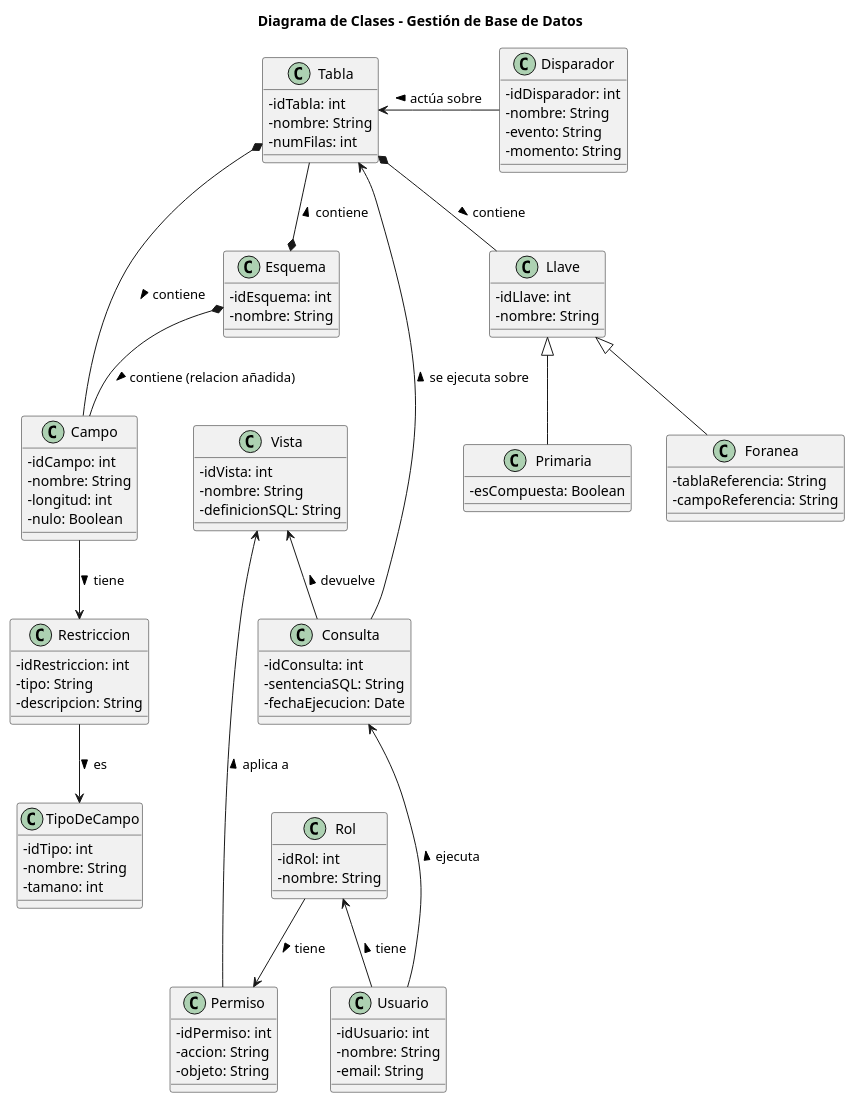
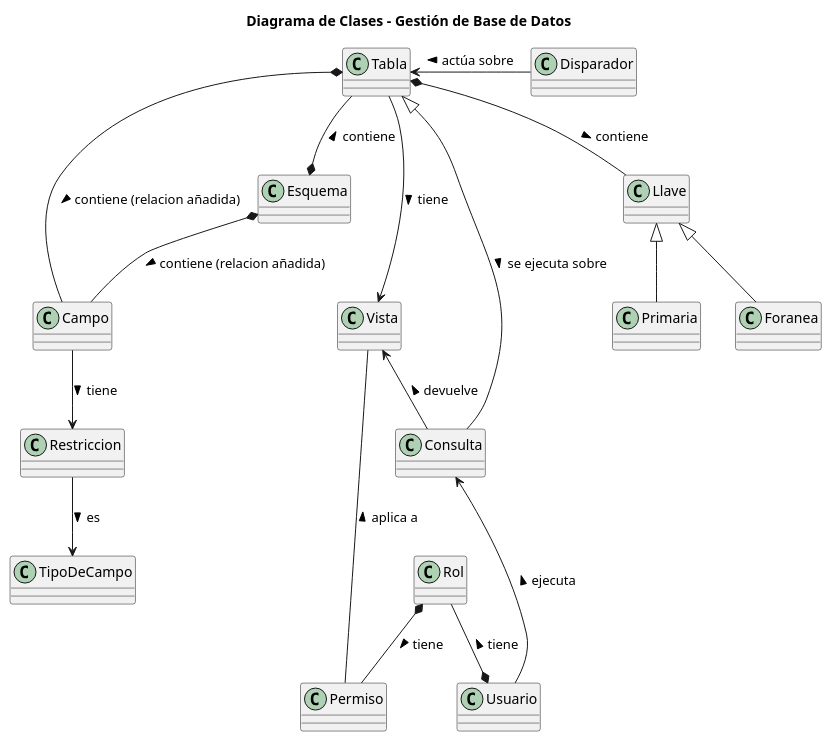
One commit to beatriizorozco/25-26-IDSW1 changed the diagram in entregas/orozcoBeatriz/modelosUML/diagramaDeClases.puml. Above: the diagram before and after it, drawn with PlantUML.

Commit message:
Segunda iteración: Decido no poner atributos ya que nos metemos en tecnicismos y añado una relación más

```diff
--- a/entregas/orozcoBeatriz/modelosUML/diagramaDeClases.puml
+++ b/entregas/orozcoBeatriz/modelosUML/diagramaDeClases.puml
@@ -1,112 +1,84 @@
 @startuml diagramaDeClases
 title Diagrama de Clases - Gestión de Base de Datos
 
-skinparam classAttributeIconSize 0
-skinparam shadowing false
+class Tabla {
 
-class Tabla {
-  -idTabla: int
-  -nombre: String
-  -numFilas: int
 }
 
 class Campo {
-  -idCampo: int
-  -nombre: String
-  -longitud: int
-  -nulo: Boolean
+
 }
 
 class TipoDeCampo {
-  -idTipo: int
-  -nombre: String
-  -tamano: int
 }
 
 class Restriccion {
-  -idRestriccion: int
-  -tipo: String
-  -descripcion: String
+
 }
 
 class Llave {
-  -idLlave: int
-  -nombre: String
+
 }
 
 class Primaria {
-  -esCompuesta: Boolean
+
 }
 
 class Foranea {
-  -tablaReferencia: String
-  -campoReferencia: String
+
 }
 
 class Disparador {
-  -idDisparador: int
-  -nombre: String
-  -evento: String
-  -momento: String
+
 }
 
 class Esquema {
-  -idEsquema: int
-  -nombre: String
+
 }
 
 class Vista {
-  -idVista: int
-  -nombre: String
-  -definicionSQL: String
+
 }
 
 class Consulta {
-  -idConsulta: int
-  -sentenciaSQL: String
-  -fechaEjecucion: Date
+
 }
 
 class Permiso {
-  -idPermiso: int
-  -accion: String
-  -objeto: String
+
 }
 
 class Rol {
-  -idRol: int
-  -nombre: String
+
 }
 
 class Usuario {
-  -idUsuario: int
-  -nombre: String
-  -email: String
+
 }
 
 Esquema *-- Tabla : contiene >
 Esquema *-- Campo : contiene (relacion añadida) >
-Tabla *-- Campo : contiene >
+Tabla *-- Campo : contiene (relacion añadida) >
 Campo --> Restriccion : tiene >
 Restriccion --> TipoDeCampo : es >
 
-Usuario --> Rol : tiene >
-Rol --> Permiso : tiene >
+Usuario *-- Rol : tiene >
+Rol *-- Permiso : tiene >
 Usuario --> Consulta : ejecuta >
-Consulta --> Tabla : se ejecuta sobre >
+Tabla --> Vista : tiene >
 Consulta --> Vista : devuelve >
-Permiso --> Vista : aplica a >
-
+Tabla <|-- Consulta : se ejecuta sobre >
+Permiso -- Vista : aplica a >
 Tabla *-- Llave : contiene >
 Llave <|-- Primaria
 Llave <|-- Foranea
 
 Disparador -l-> Tabla : actúa sobre >
 
 Tabla -[hidden]-> Esquema
 Esquema -[hidden]-> Vista
 Vista -[hidden]-> Consulta
 Consulta -[hidden]-> Rol
 Rol -[hidden]-> Usuario
 
 @enduml
```
